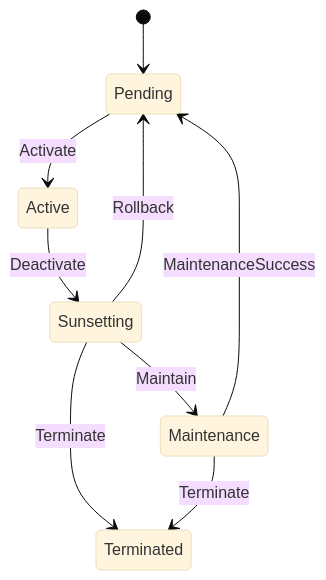
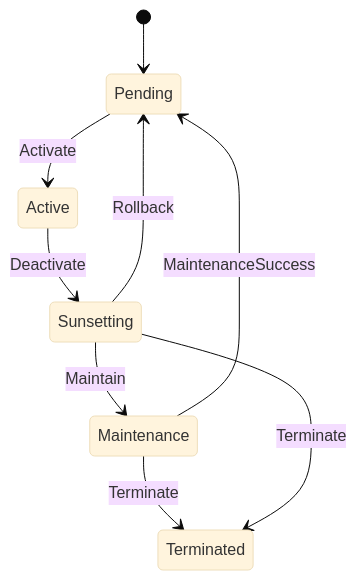
The diagram in docs/server_state_machine.mermaid (kookyleo/yasm), drawn with Mermaid (base theme) before and after one commit. The commit also changed other lines of this file and 6 other files, not shown here.

```diff
--- a/docs/server_state_machine.mermaid
+++ b/docs/server_state_machine.mermaid
@@ -1,9 +1,9 @@
 stateDiagram-v2
     [*] --> Pending
+    Sunsetting --> Pending : Rollback
+    Sunsetting --> Maintenance : Maintain
     Active --> Sunsetting : Deactivate
     Maintenance --> Terminated : Terminate
+    Pending --> Active : Activate
+    Maintenance --> Pending : MaintenanceSuccess
     Sunsetting --> Terminated : Terminate
-    Sunsetting --> Pending : Rollback
-    Maintenance --> Pending : MaintenanceSuccess
-    Pending --> Active : Activate
-    Sunsetting --> Maintenance : Maintain
```
